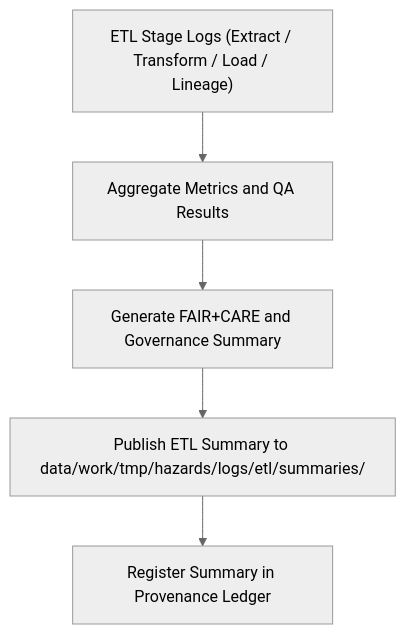
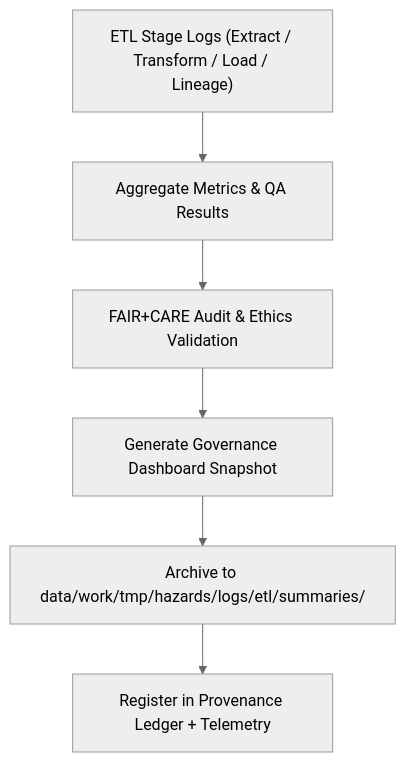
Before and after one commit to bartytime4life/Kansas-Frontier-Matrix: the diagram in data/work/tmp/hazards/logs/etl/summaries/README.md, drawn with Mermaid (neutral theme). The commit also changed other lines of this file, not shown here.

Commit message:
Update README for ETL summaries to v9.5.0

````diff
--- a/data/work/tmp/hazards/logs/etl/summaries/README.md
+++ b/data/work/tmp/hazards/logs/etl/summaries/README.md
@@ -62,7 +68,8 @@
 ```mermaid
 flowchart TD
-    A["ETL Stage Logs (Extract / Transform / Load / Lineage)"] --> B["Aggregate Metrics and QA Results"]
-    B --> C["Generate FAIR+CARE and Governance Summary"]
-    C --> D["Publish ETL Summary to data/work/tmp/hazards/logs/etl/summaries/"]
-    D --> E["Register Summary in Provenance Ledger"]
+    A["ETL Stage Logs (Extract / Transform / Load / Lineage)"] --> B["Aggregate Metrics & QA Results"]
+    B --> C["FAIR+CARE Audit & Ethics Validation"]
+    C --> D["Generate Governance Dashboard Snapshot"]
+    D --> E["Archive to data/work/tmp/hazards/logs/etl/summaries/"]
+    E --> F["Register in Provenance Ledger + Telemetry"]
 ```
````
